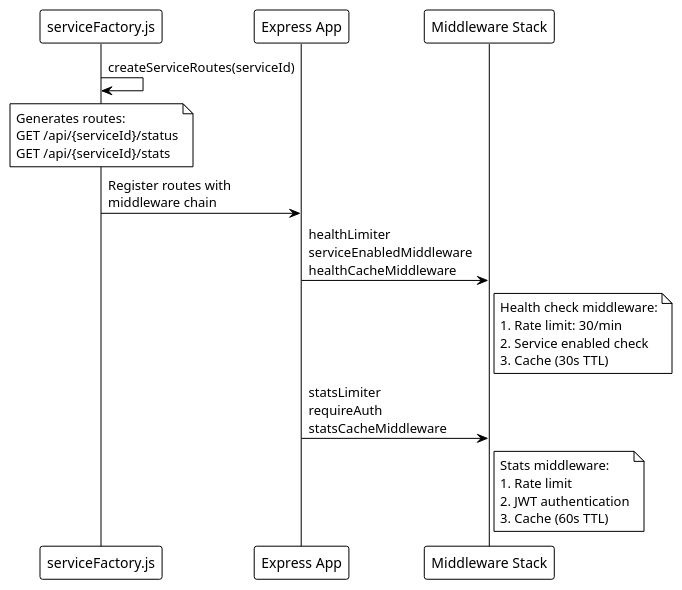
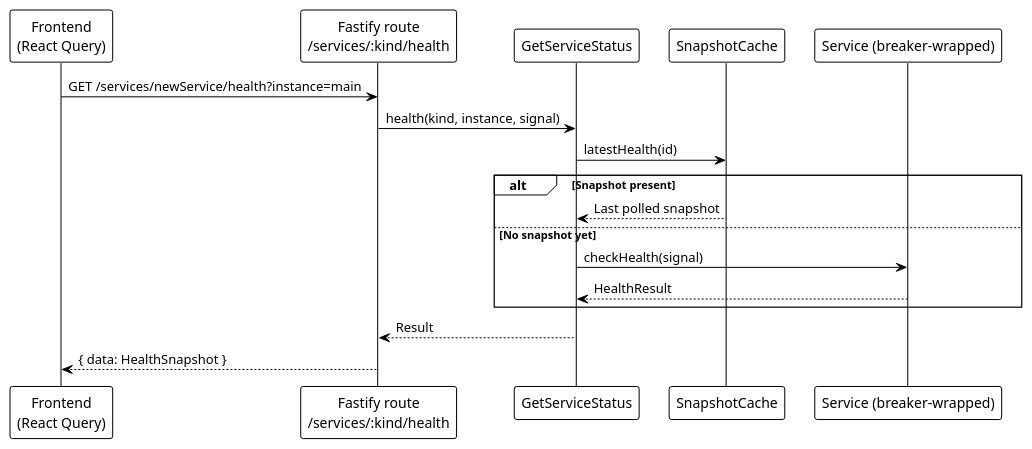
One commit to EraPartner/Watchman changed the third of 3 diagrams in docs/guides/adding-services.md. Above: the diagram before and after it, drawn with PlantUML. The commit also changed other lines of this file and 32 other files, not shown here.

````diff
--- a/docs/guides/adding-services.md
+++ b/docs/guides/adding-services.md
@@ -282,37 +222,23 @@
 ```plantuml
 @startuml
 !theme plain
 
-participant "serviceFactory.js" as Factory
-participant "Express App" as App
-participant "Middleware Stack" as MW
+participant "Frontend\n(React Query)" as FE
+participant "Fastify route\n/services/:kind/health" as Route
+participant "GetServiceStatus" as App
+participant "SnapshotCache" as Cache
+participant "Service (breaker-wrapped)" as Svc
 
-Factory -> Factory : createServiceRoutes(serviceId)
-
-note over Factory
-  Generates routes:
-  GET /api/{serviceId}/status
-  GET /api/{serviceId}/stats
-end note
-
-Factory -> App : Register routes with\nmiddleware chain
-
-App -> MW : healthLimiter\nserviceEnabledMiddleware\nhealthCacheMiddleware
-
-note right of MW
-  Health check middleware:
-  1. Rate limit: 30/min
-  2. Service enabled check
-  3. Cache (30s TTL)
-end note
-
-App -> MW : statsLimiter\nrequireAuth\nstatsCacheMiddleware
-
-note right of MW
-  Stats middleware:
-  1. Rate limit
-  2. JWT authentication
-  3. Cache (60s TTL)
-end note
+FE -> Route : GET /services/newService/health?instance=main
+Route -> App : health(kind, instance, signal)
+App -> Cache : latestHealth(id)
+alt Snapshot present
+  Cache --> App : Last polled snapshot
+else No snapshot yet
+  App -> Svc : checkHealth(signal)
+  Svc --> App : HealthResult
+end
+App --> Route : Result
+Route --> FE : { data: HealthSnapshot }
 @enduml
 ```
````
